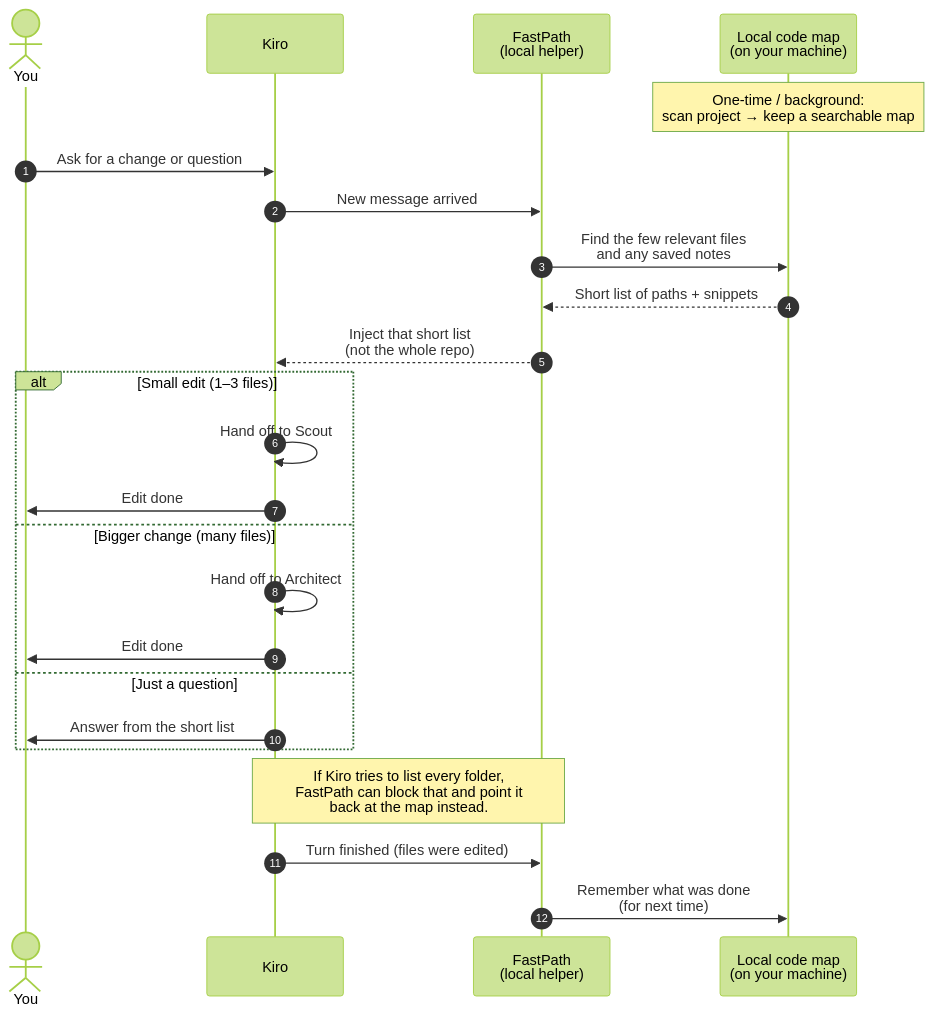
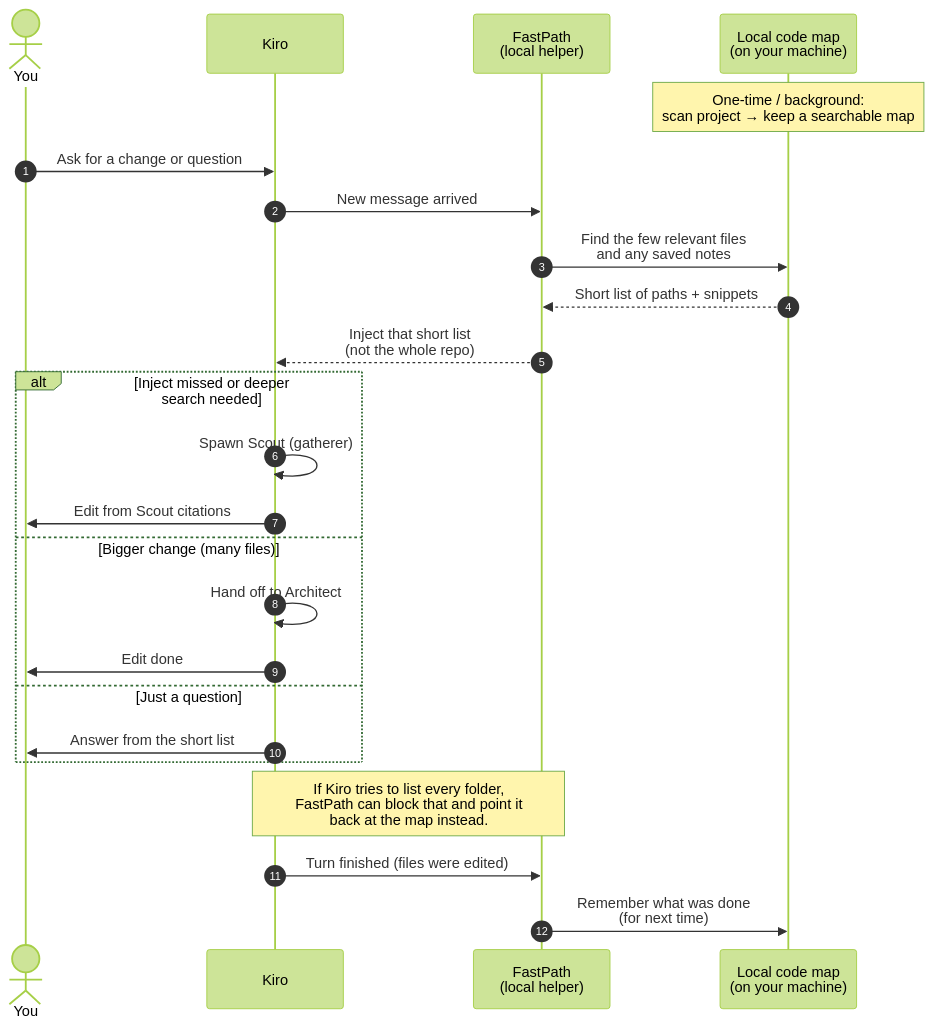
The diagram in README.md (RexySaragih/kiro-fastpath), drawn with Mermaid (forest theme) before and after one commit. The commit also changed other lines of this file and 36 other files, not shown here.

Commit message:
refactor: update agent documentation and clarify Scout/Architect roles in FastPath context retrieval

````diff
--- a/README.md
+++ b/README.md
@@ -21,31 +21,31 @@
 ```mermaid
 sequenceDiagram
   autonumber
   actor You
   participant Kiro
   participant FastPath as FastPath<br/>(local helper)
   participant Map as Local code map<br/>(on your machine)
 
   Note over Map: One-time / background:<br/>scan project → keep a searchable map
 
   You->>Kiro: Ask for a change or question
   Kiro->>FastPath: New message arrived
   FastPath->>Map: Find the few relevant files<br/>and any saved notes
   Map-->>FastPath: Short list of paths + snippets
   FastPath-->>Kiro: Inject that short list<br/>(not the whole repo)
 
-  alt Small edit (1–3 files)
-    Kiro->>Kiro: Hand off to Scout
-    Kiro->>You: Edit done
+  alt Inject missed or deeper search needed
+    Kiro->>Kiro: Spawn Scout (gatherer)
+    Kiro->>You: Edit from Scout citations
   else Bigger change (many files)
     Kiro->>Kiro: Hand off to Architect
     Kiro->>You: Edit done
   else Just a question
     Kiro->>You: Answer from the short list
   end
 
   Note over Kiro,FastPath: If Kiro tries to list every folder,<br/>FastPath can block that and point it<br/>back at the map instead.
 
   Kiro->>FastPath: Turn finished (files were edited)
   FastPath->>Map: Remember what was done<br/>(for next time)
 ```
````
